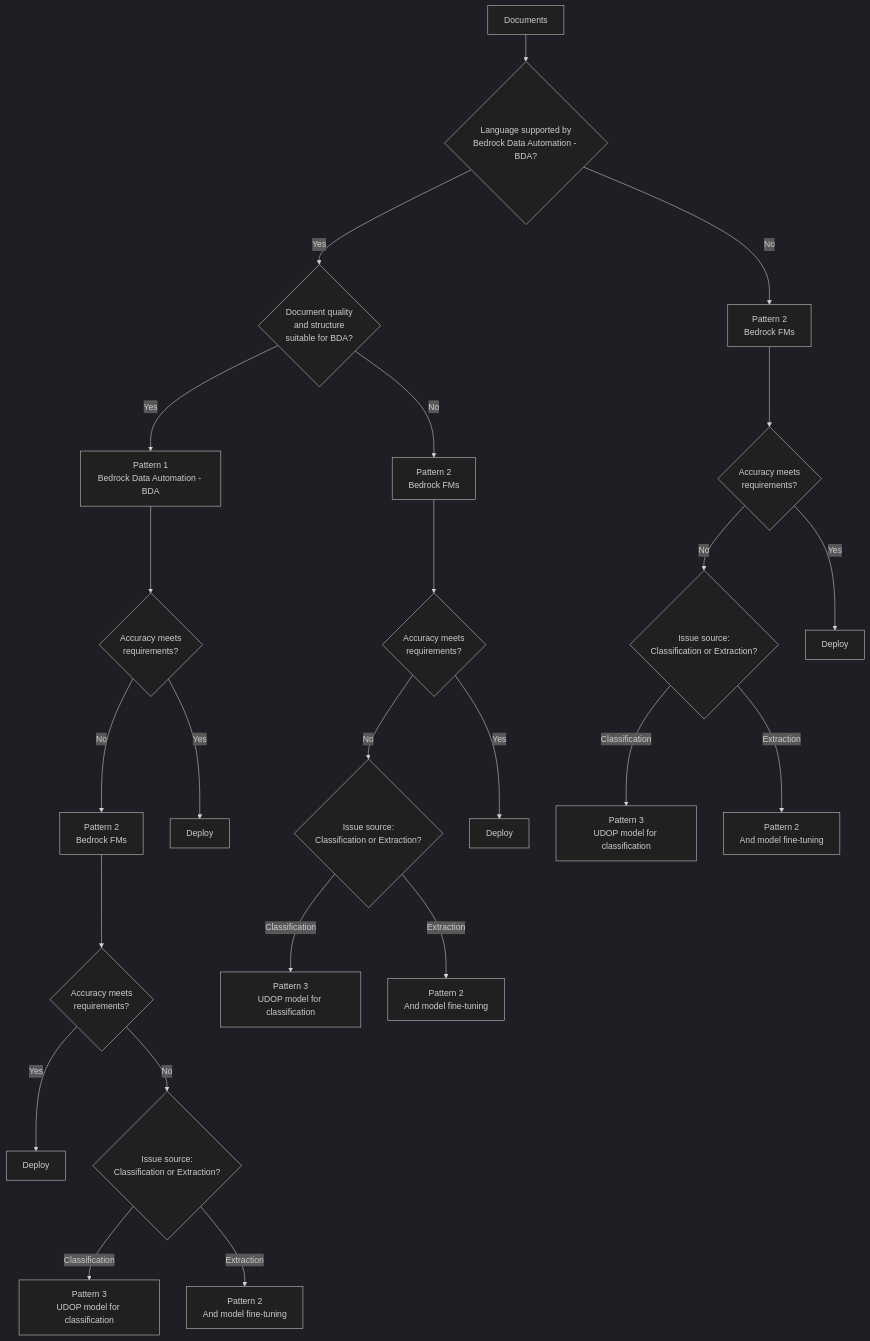
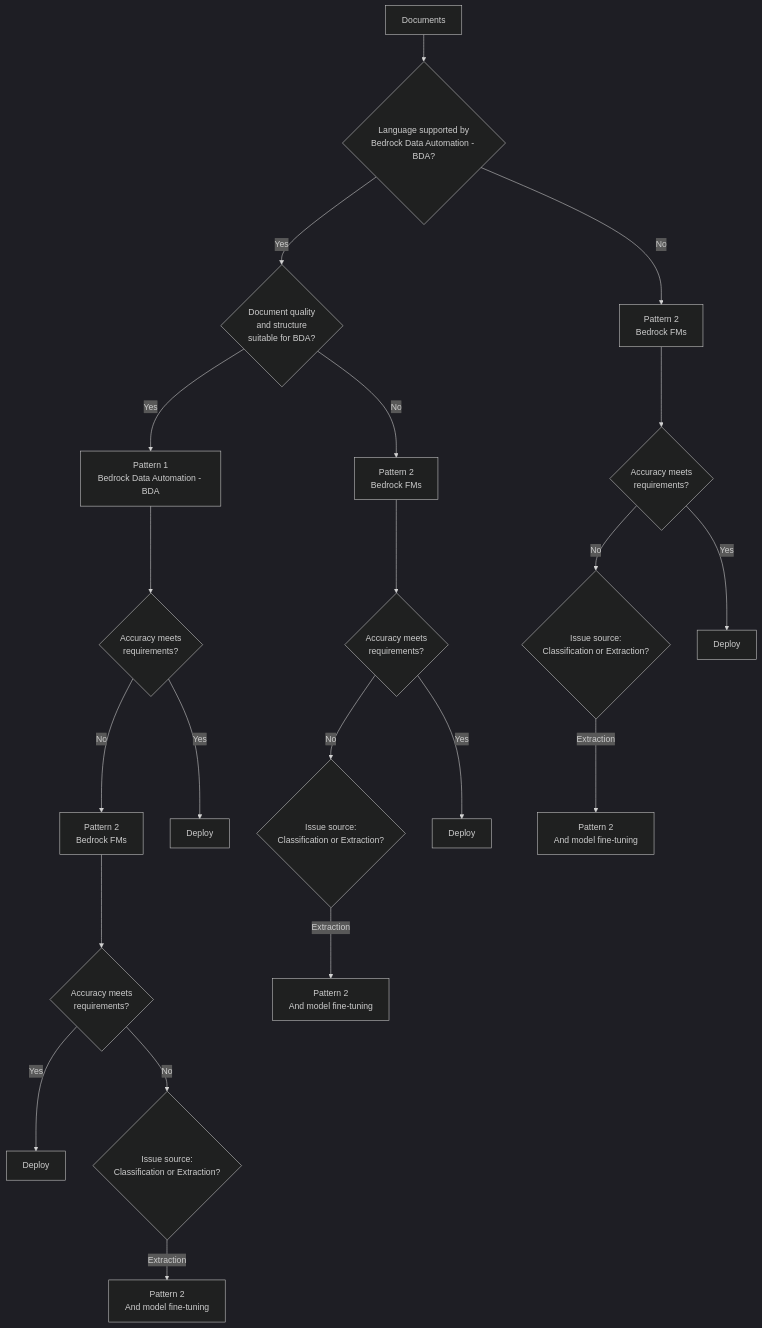
Before and after one commit to cdklabs/genai-idp: the first of 2 diagrams in sources/docs/languages.md, drawn with Mermaid (dark theme). The commit also changed other lines of this file and 767 other files, not shown here.

````diff
--- a/sources/docs/languages.md
+++ b/sources/docs/languages.md
@@ -12,36 +16,30 @@
 ```mermaid
 flowchart TD
     Start[Documents] --> Q1{Language supported by<br/>Bedrock Data Automation - BDA?}
   
     Q1 -->|Yes| BDACheck{Document quality<br/>and structure<br/>suitable for BDA?}
     Q1 -->|No| Pattern2Direct[Pattern 2<br/>Bedrock FMs]
   
     BDACheck -->|Yes| Pattern1[Pattern 1<br/>Bedrock Data Automation - BDA]
     BDACheck -->|No| Pattern2Alt1[Pattern 2<br/>Bedrock FMs]
   
     Pattern1 --> Accuracy1{Accuracy meets<br/>requirements?}
     Pattern2Direct --> Accuracy2{Accuracy meets<br/>requirements?}
     Pattern2Alt1 --> Accuracy3{Accuracy meets<br/>requirements?}
   
     Accuracy1 -->|No| Pattern2Fallback[Pattern 2<br/>Bedrock FMs]
     Accuracy1 -->|Yes| Deploy1[Deploy]
   
     Accuracy2 -->|No| OptimizePath2{Issue source:<br/>Classification or Extraction?}
     Accuracy2 -->|Yes| Deploy2[Deploy]
   
     Accuracy3 -->|No| OptimizePath3{Issue source:<br/>Classification or Extraction?}
     Accuracy3 -->|Yes| Deploy3[Deploy]
-  
-    OptimizePath2 -->|Classification| Pattern3A[Pattern 3<br/>UDOP model for classification]
     OptimizePath2 -->|Extraction| FineTuning2[Pattern 2<br/>And model fine-tuning]
-  
-    OptimizePath3 -->|Classification| Pattern3B[Pattern 3<br/>UDOP model for classification]
     OptimizePath3 -->|Extraction| FineTuning3[Pattern 2<br/>And model fine-tuning]
   
     Pattern2Fallback --> Accuracy4{Accuracy meets<br/>requirements?}
     Accuracy4 -->|Yes| Deploy4[Deploy]
     Accuracy4 -->|No| OptimizePath4{Issue source:<br/>Classification or Extraction?}
-  
-    OptimizePath4 -->|Classification| Pattern3C[Pattern 3<br/>UDOP model for classification]
     OptimizePath4 -->|Extraction| FineTuning4[Pattern 2<br/>And model fine-tuning]
 ```
````
